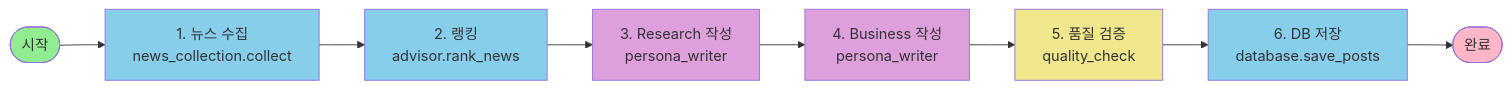
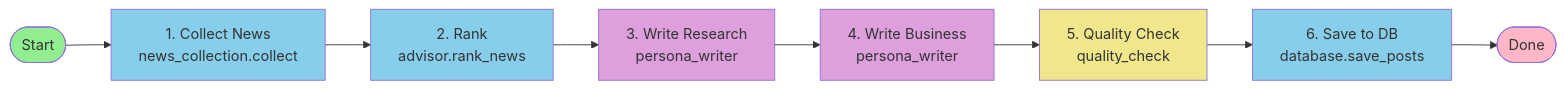
The second of 4 diagrams in ARCHITECTURE.md (x0to1log/0to1log), drawn with Mermaid before and after one commit. The commit also changed other lines of this file and 5 other files, not shown here.

Commit message:
docs: bilingual documentation - add English ARCHITECTURE.md & backend/CLAUDE.md, split Korean versions

````diff
--- a/ARCHITECTURE.md
+++ b/ARCHITECTURE.md
@@ -80,19 +80,19 @@
 ```mermaid
 graph LR
-    Start(["시작"]) --> Collect["1. 뉴스 수집<br/>news_collection.collect"]
-    Collect --> Rank["2. 랭킹<br/>advisor.rank_news"]
-    Rank --> WriteR["3. Research 작성<br/>persona_writer"]
-    WriteR --> WriteB["4. Business 작성<br/>persona_writer"]
-    WriteB --> Check["5. 품질 검증<br/>quality_check"]
-    Check --> Save["6. DB 저장<br/>database.save_posts"]
-    Save --> End(["완료"])
+    Start(["Start"]) --> Collect["1. Collect News<br/>news_collection.collect"]
+    Collect --> Rank["2. Rank<br/>advisor.rank_news"]
+    Rank --> WriteR["3. Write Research<br/>persona_writer"]
+    WriteR --> WriteB["4. Write Business<br/>persona_writer"]
+    WriteB --> Check["5. Quality Check<br/>quality_check"]
+    Check --> Save["6. Save to DB<br/>database.save_posts"]
+    Save --> End(["Done"])
     
     style Start fill:#90EE90
     style End fill:#FFB6C6
     style Collect fill:#87CEEB
     style Rank fill:#87CEEB
     style WriteR fill:#DDA0DD
     style WriteB fill:#DDA0DD
     style Check fill:#F0E68C
     style Save fill:#87CEEB
 ```
````
